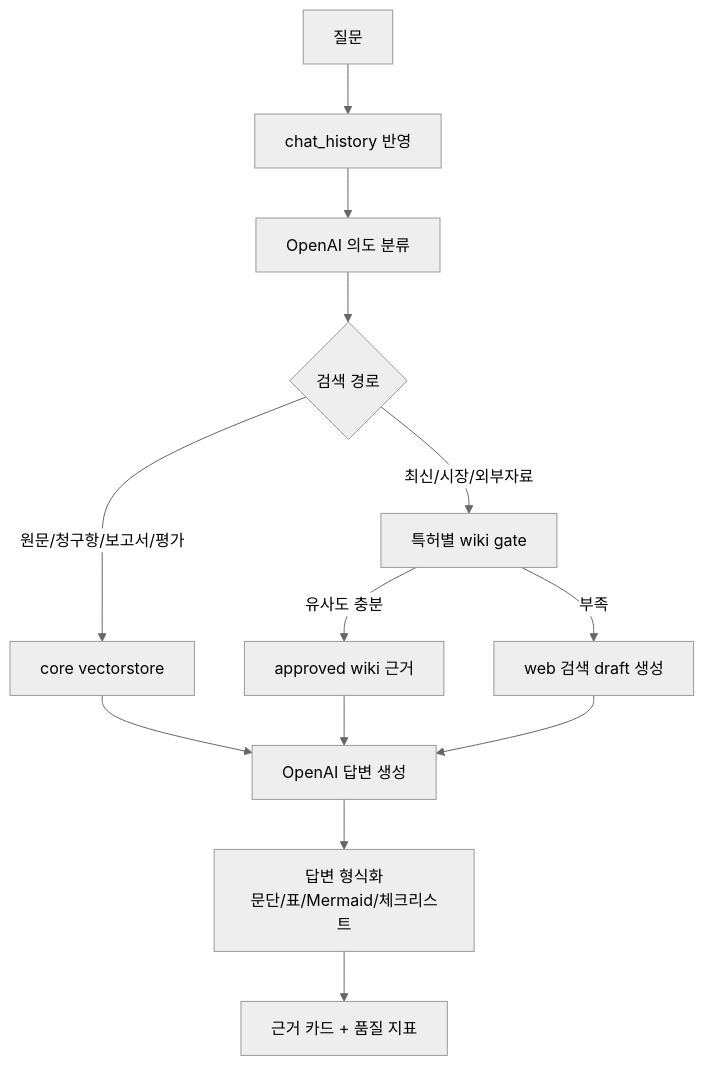
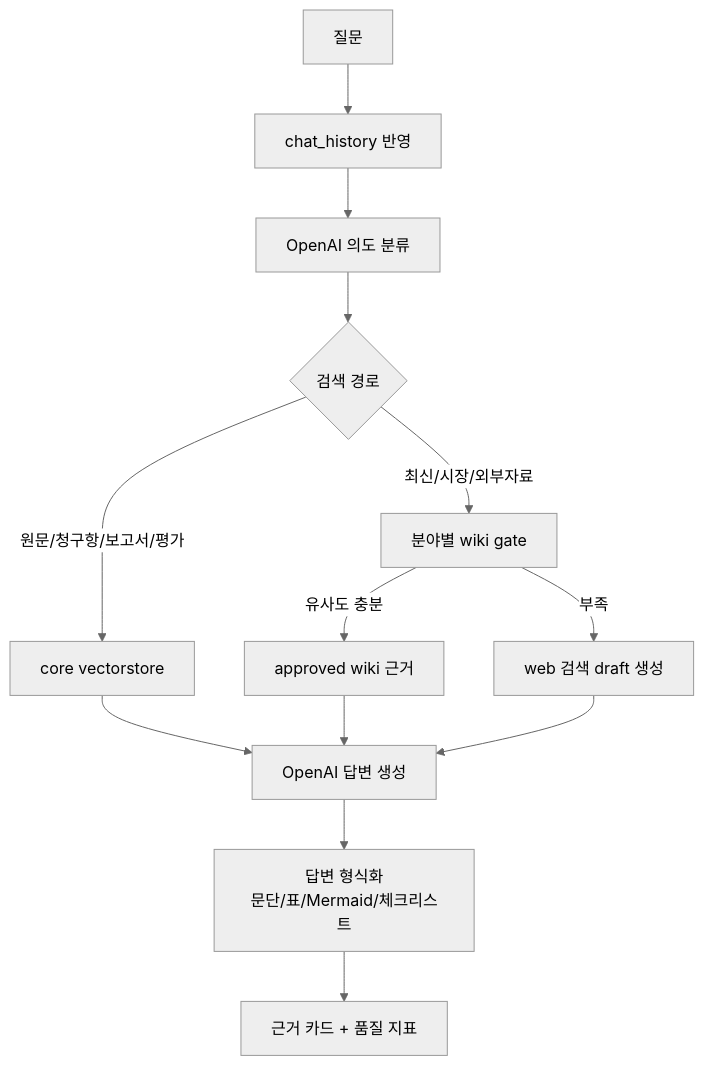
The first of 2 diagrams in chatbot/README.md (skipers/skipa-ai-server), drawn with Mermaid (neutral theme) before and after one commit. The commit also changed other lines of this file and 6 other files, not shown here.

````diff
--- a/chatbot/README.md
+++ b/chatbot/README.md
@@ -175,15 +187,15 @@
 ```mermaid
 flowchart TD
   Q[질문] --> H[chat_history 반영]
   H --> I[OpenAI 의도 분류]
   I --> R{검색 경로}
   R -->|원문/청구항/보고서/평가| CORE[core vectorstore]
-  R -->|최신/시장/외부자료| WIKI[특허별 wiki gate]
+  R -->|최신/시장/외부자료| WIKI[분야별 wiki gate]
   WIKI -->|유사도 충분| WC[approved wiki 근거]
   WIKI -->|부족| WEB[web 검색 draft 생성]
   CORE --> A[OpenAI 답변 생성]
   WC --> A
   WEB --> A
   A --> F[답변 형식화<br/>문단/표/Mermaid/체크리스트]
   F --> E[근거 카드 + 품질 지표]
 ```
````
